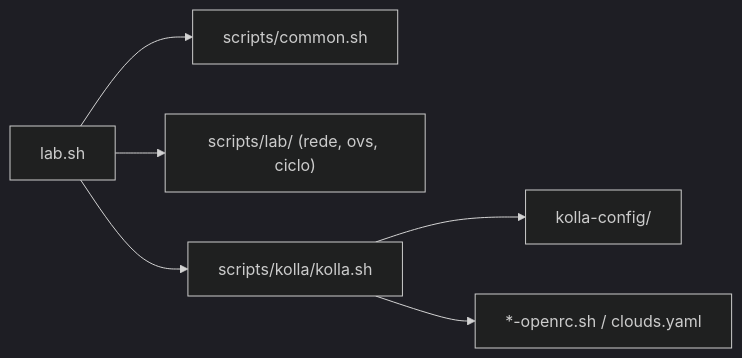
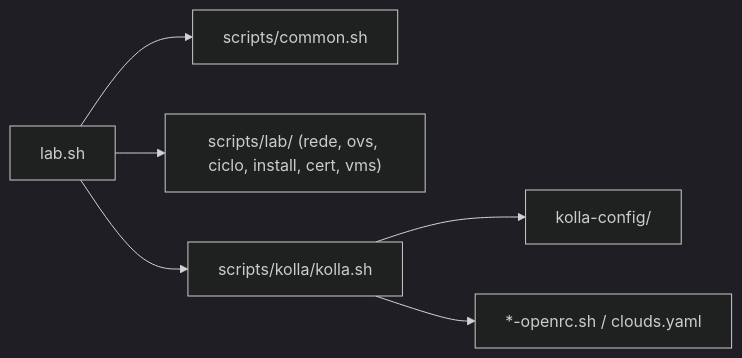
Before and after one commit to klsio22/larcerto-cloud: the diagram in docs/README.md, drawn with Mermaid (dark theme). The commit also changed other lines of this file and 14 other files, not shown here.

````diff
--- a/docs/README.md
+++ b/docs/README.md
@@ -20,8 +22,8 @@
 ```mermaid
 flowchart LR
   labSh["lab.sh"] --> common["scripts/common.sh"]
-  labSh --> lab["scripts/lab/ (rede, ovs, ciclo)"]
+  labSh --> lab["scripts/lab/ (rede, ovs, ciclo, install, cert, vms)"]
   labSh --> kolla["scripts/kolla/kolla.sh"]
   kolla --> kollaCfg["kolla-config/"]
   kolla --> openrc["*-openrc.sh / clouds.yaml"]
 ```
````
